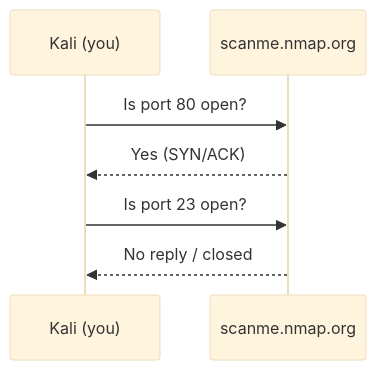
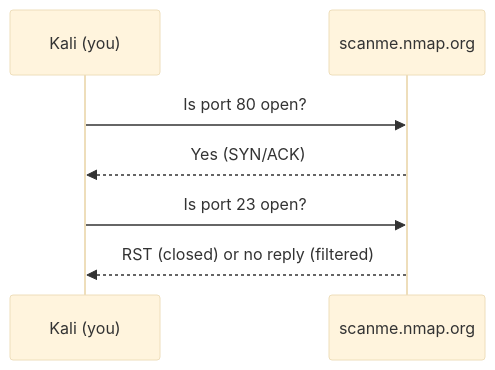
The diagram in labs/09-network-scanning-nmap.md (TempeHS/Learn_Kali-Linux-Basics), drawn with Mermaid (base theme) before and after one commit. The commit also changed other lines of this file and 9 other files, not shown here.

````diff
--- a/labs/09-network-scanning-nmap.md
+++ b/labs/09-network-scanning-nmap.md
@@ -85,9 +86,9 @@
 ```mermaid
 sequenceDiagram
     participant You as Kali (you)
     participant T as scanme.nmap.org
     You->>T: Is port 80 open?
     T-->>You: Yes (SYN/ACK)
     You->>T: Is port 23 open?
-    T-->>You: No reply / closed
+    T-->>You: RST (closed) or no reply (filtered)
 ```
````
